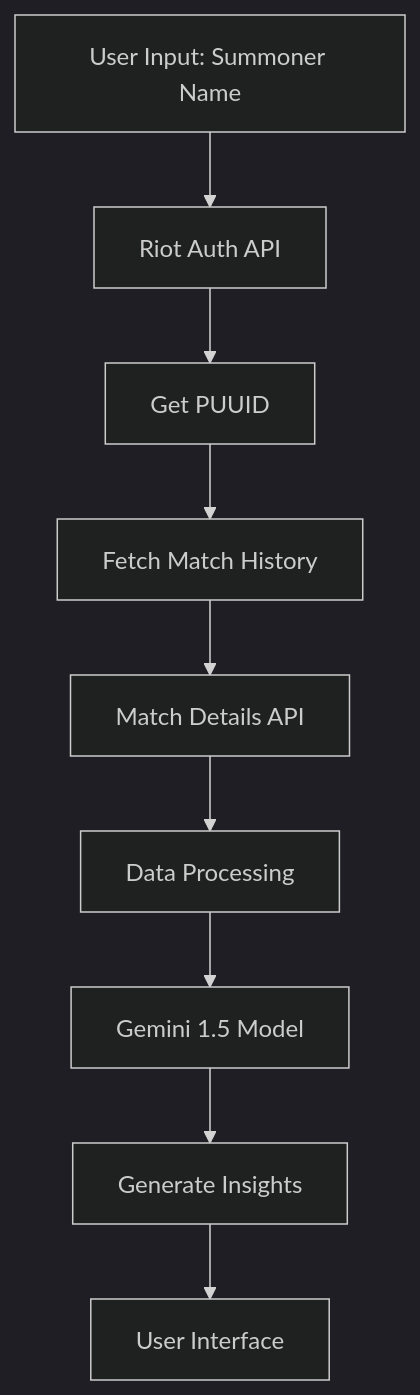
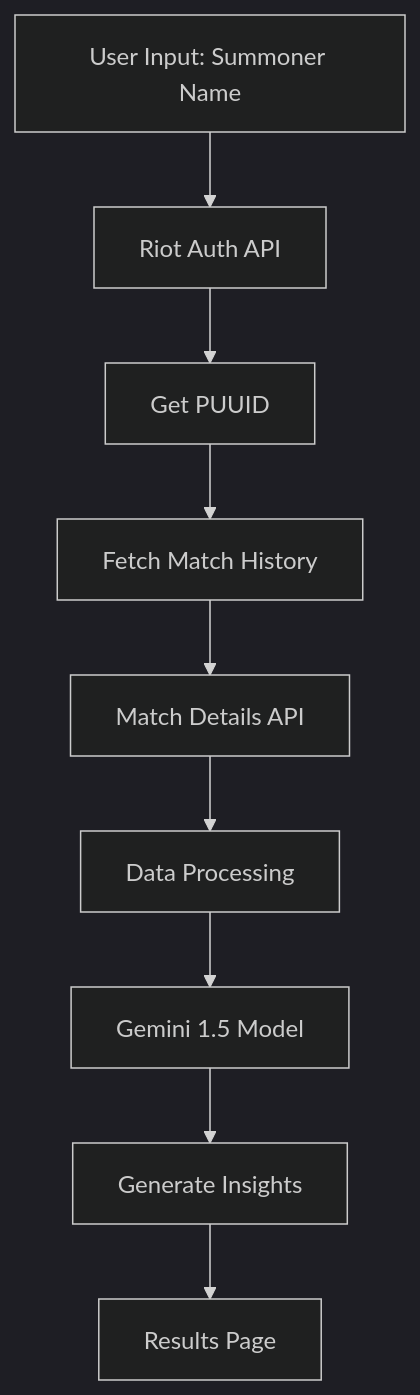
One commit to tmanzhe/tiltq changed the diagram in README.md. Above: the diagram before and after it, drawn with Mermaid (dark theme). The commit also changed other lines of this file and 1 other file, not shown here.

````diff
--- a/README.md
+++ b/README.md
@@ -101,11 +104,11 @@
 ```mermaid
 graph TD
     A[User Input: Summoner Name] --> B[Riot Auth API]
     B --> C[Get PUUID]
     C --> D[Fetch Match History]
     D --> E[Match Details API]
     E --> F[Data Processing]
     F --> G[Gemini 1.5 Model]
     G --> H[Generate Insights]
-    H --> I[User Interface]
+    H --> I[Results Page]
 ```
````
